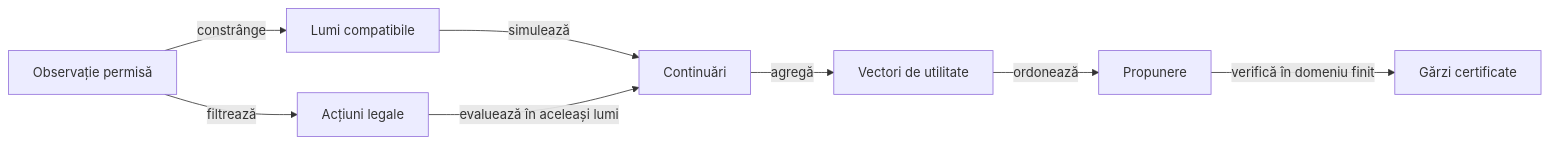
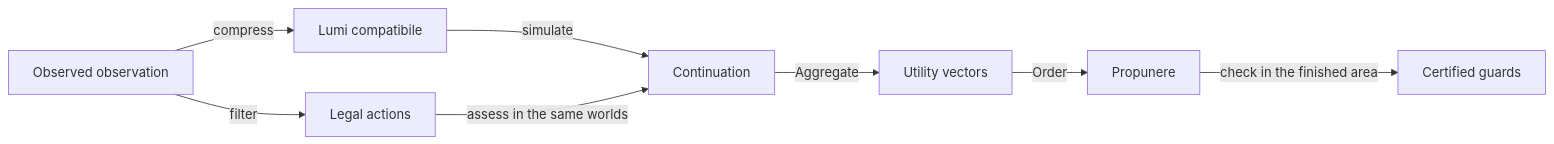
Before and after one commit to crististefanita/atf_j4: the first of 2 diagrams in docs/ai/ATF_DecisionModel.md, drawn with Mermaid. The commit also changed other lines of this file and 122 other files, not shown here.

````diff
--- a/docs/ai/ATF_DecisionModel.md
+++ b/docs/ai/ATF_DecisionModel.md
@@ -9,10 +9,10 @@
 ```mermaid
 flowchart LR
-    OBS[Observație permisă] -->|filtrează| ACTIONS[Acțiuni legale]
-    OBS -->|constrânge| WORLDS[Lumi compatibile]
-    WORLDS -->|simulează| OUTCOMES[Continuări]
-    ACTIONS -->|evaluează în aceleași lumi| OUTCOMES
-    OUTCOMES -->|agregă| VALUES[Vectori de utilitate]
-    VALUES -->|ordonează| CHOICE[Propunere]
-    CHOICE -->|verifică în domeniu finit| PROOF[Gărzi certificate]
+    OBS[Observed observation] -->|filter| ACTIONS[Legal actions]
+    OBS -->|compress| WORLDS[Lumi compatibile]
+    WORLDS -->|simulate| OUTCOMES[Continuation]
+    ACTIONS -->|assess in the same worlds| OUTCOMES
+    OUTCOMES -->|Aggregate| VALUES[Utility vectors]
+    VALUES -->|Order| CHOICE[Propunere]
+    CHOICE -->|check in the finished area| PROOF[Certified guards]
 ```
````
